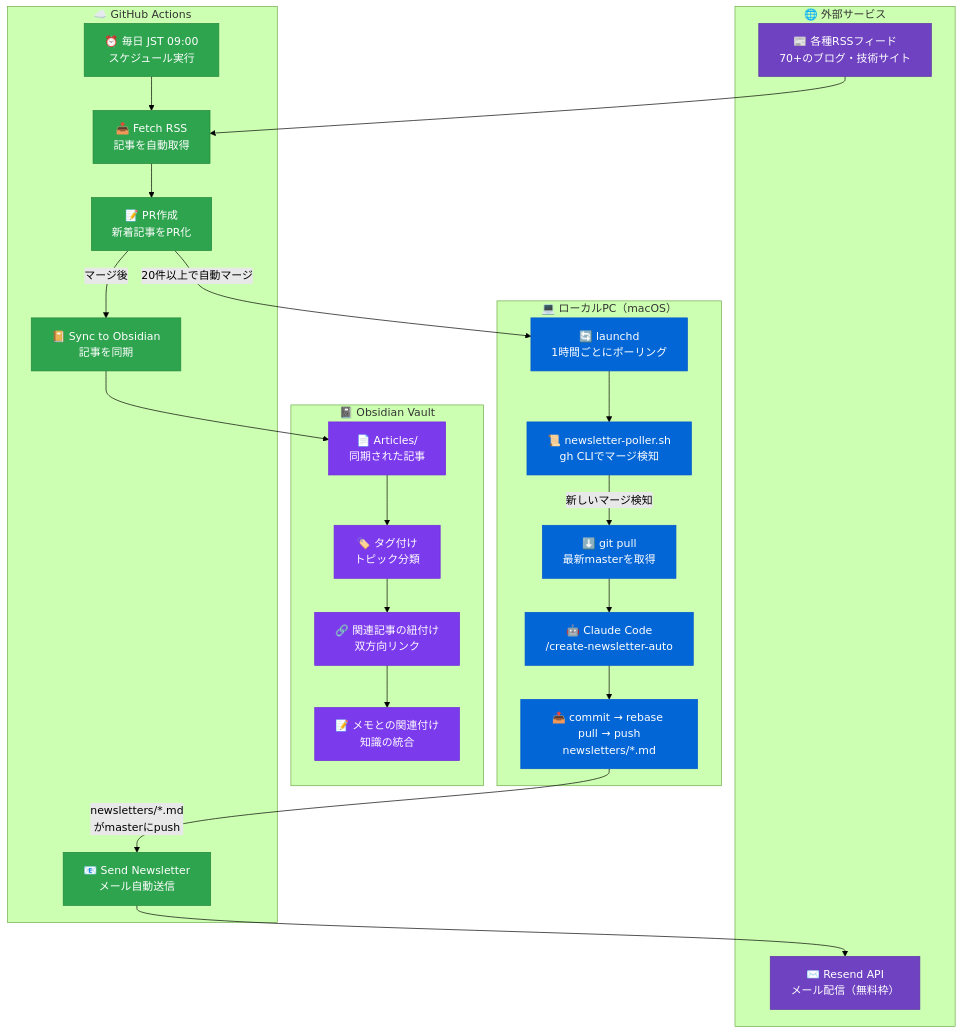
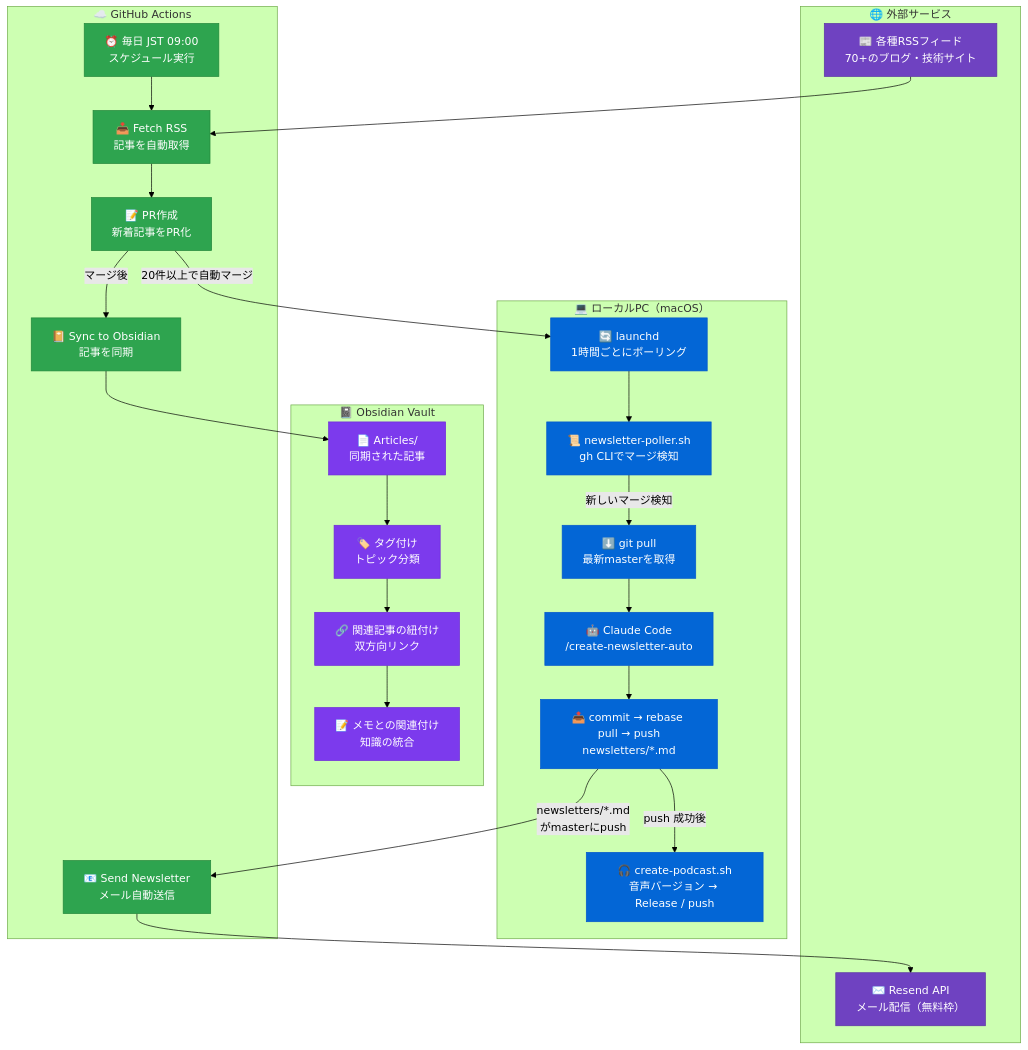
One commit to uto-usui/magazine changed the diagram in docs/automation-flow.md. Above: the diagram before and after it, drawn with Mermaid (forest theme). The commit also changed other lines of this file and 2 other files, not shown here.

Commit message:
feat(poller): run the podcast phase after the newsletter is pushed
intent(podcast): make audio part of the scheduled run; once the newsletter is created locally and pushed, move on to the audio phase
decision(podcast-phase): separate script chained with && after the newsletter push, so an audio failure never blocks or delays the newsletter
decision(podcast-phase): the shell script commits the script and usage ledger and pushes; /create-podcast itself stays commit-free for manual runs
decision(podcast-phase): notify Moshi when the audio phase fails; budget, daily cap and already-made checks stay in pnpm run podcast

````diff
--- a/docs/automation-flow.md
+++ b/docs/automation-flow.md
@@ -11,64 +11,66 @@
 ```mermaid
 flowchart TB
     subgraph GitHub_Actions["☁️ GitHub Actions"]
         CRON["⏰ 毎日 JST 09:00<br/>スケジュール実行"]
         FETCH["📥 Fetch RSS<br/>記事を自動取得"]
         CREATE_PR["📝 PR作成<br/>新着記事をPR化"]
         SEND_MAIL["📧 Send Newsletter<br/>メール自動送信"]
         SYNC_OBS["📔 Sync to Obsidian<br/>記事を同期"]
     end
 
     subgraph Local_PC["💻 ローカルPC（macOS）"]
         LAUNCHD["🔄 launchd<br/>1時間ごとにポーリング"]
         POLLER["📜 newsletter-poller.sh<br/>gh CLIでマージ検知"]
         PULL["⬇️ git pull<br/>最新masterを取得"]
         CLAUDE["🤖 Claude Code<br/>/create-newsletter-auto"]
         COMMIT["📤 commit → rebase pull → push<br/>newsletters/*.md"]
+        PODCAST["🎧 create-podcast.sh<br/>音声バージョン → Release / push"]
     end
 
     subgraph Obsidian_Vault["📓 Obsidian Vault"]
         ARTICLES_OBS["📄 Articles/<br/>同期された記事"]
         TAGGING["🏷️ タグ付け<br/>トピック分類"]
         LINKING["🔗 関連記事の紐付け<br/>双方向リンク"]
         NOTES["📝 メモとの関連付け<br/>知識の統合"]
     end
 
     subgraph External["🌐 外部サービス"]
         RSS["📰 各種RSSフィード<br/>70+のブログ・技術サイト"]
         RESEND["✉️ Resend API<br/>メール配信（無料枠）"]
     end
 
     %% メインフロー
     CRON --> FETCH
     RSS --> FETCH
     FETCH --> CREATE_PR
     CREATE_PR -->|"20件以上で自動マージ"| LAUNCHD
 
     %% ローカルフロー
     LAUNCHD --> POLLER
     POLLER -->|"新しいマージ検知"| PULL
     PULL --> CLAUDE
     CLAUDE --> COMMIT
+    COMMIT -->|"push 成功後"| PODCAST
 
     %% 送信トリガー
     COMMIT -->|"newsletters/*.md<br/>がmasterにpush"| SEND_MAIL
     SEND_MAIL --> RESEND
 
     %% Obsidian同期
     CREATE_PR -->|"マージ後"| SYNC_OBS
     SYNC_OBS --> ARTICLES_OBS
     ARTICLES_OBS --> TAGGING
     TAGGING --> LINKING
     LINKING --> NOTES
 
     %% スタイル
     classDef action fill:#2ea44f,stroke:#22863a,color:#fff
     classDef local fill:#0366d6,stroke:#0256cc,color:#fff
     classDef external fill:#6f42c1,stroke:#5a32a3,color:#fff
     classDef obsidian fill:#7c3aed,stroke:#6d28d9,color:#fff
 
     class CRON,FETCH,CREATE_PR,SEND_MAIL,SYNC_OBS action
-    class LAUNCHD,POLLER,PULL,CLAUDE,COMMIT local
+    class LAUNCHD,POLLER,PULL,CLAUDE,COMMIT,PODCAST local
     class RSS,RESEND external
     class ARTICLES_OBS,TAGGING,LINKING,NOTES obsidian
 ```
````
